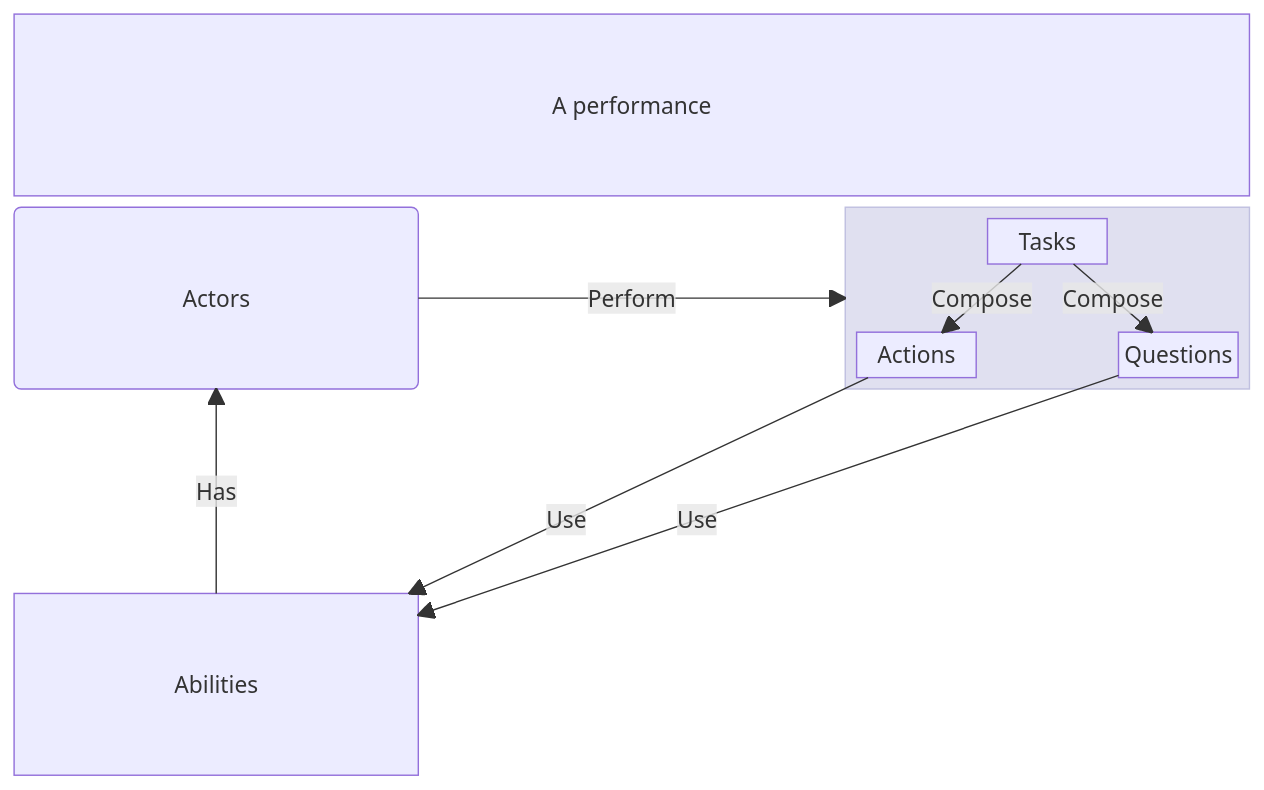
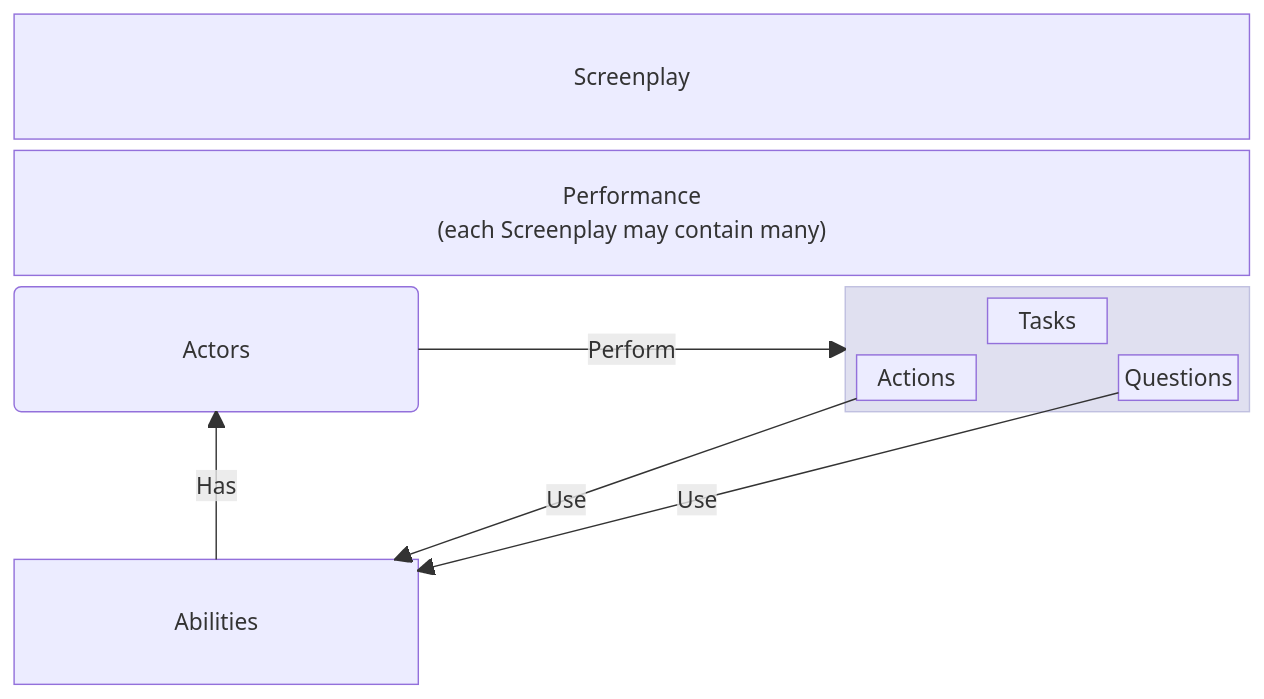
One commit to csf-dev/CSF.Screenplay changed the diagram in CSF.Screenplay.Docs/docs/MakeupOfAScreenplay.md. Above: the diagram before and after it, drawn with Mermaid. The commit also changed other lines of this file, not shown here.

Commit message:
Improve docco diagram

````diff
--- a/CSF.Screenplay.Docs/docs/MakeupOfAScreenplay.md
+++ b/CSF.Screenplay.Docs/docs/MakeupOfAScreenplay.md
@@ -7,24 +8,23 @@
 ```mermaid
 block-beta
     columns 3
-    Performance["A performance"]:3
+    Screenplay:3
+    Performance["Performance<br>(each Screenplay may contain many)"]:3
     Actor("Actors") space
     block:Perf
         columns 3
         space
         Task["Tasks"]
-        space:4
+        space
         Action["Actions"]
         space
         Question["Questions"]
     end
     space:3
     Ability["Abilities"]
     Actor -- "Perform" --> Perf
     Ability -- "Has" --> Actor
     Action -- "Use" --> Ability
     Question -- "Use" --> Ability
-    Task -- "Compose" --> Action
-    Task -- "Compose" --> Question
     style Perf fill:#E0E0F0,stroke:#C0C0E0
 ```
````
